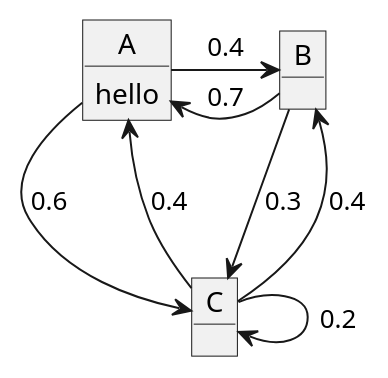
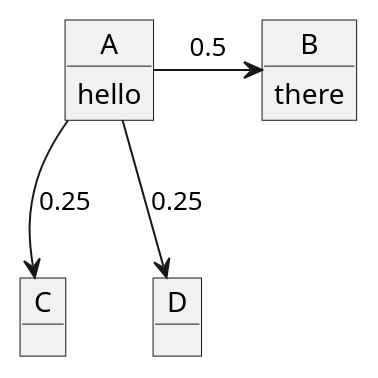
Before and after one commit to jezhiggins/a-very-small-language-model: the fifth of 7 diagrams in src/docs/asciidoc/index.adoc, drawn with PlantUML. The commit also changed other lines of this file and 5 other files, not shown here.

```diff
--- a/src/docs/asciidoc/index.adoc
+++ b/src/docs/asciidoc/index.adoc
@@ -306,14 +351,12 @@
-[plantuml, state-diagram-3, svg, width=600]
+[plantuml, state-diagram-4, svg, width=600]
 ----
 object A
 A : hello
 object B
+B : there
 object C
-A -r-> B : 0.4
-A --> C : 0.6
-B --> A : 0.7
-B --> C : 0.3
-C --> A : 0.4
-C --> B : 0.4
-C --> C : 0.2
+object D
+A -r-> B : 0.5
+A --> C : 0.25
+A --> D : 0.25
 ----
```
